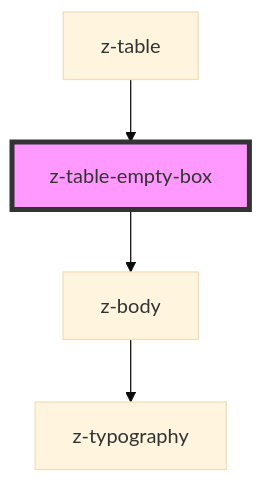
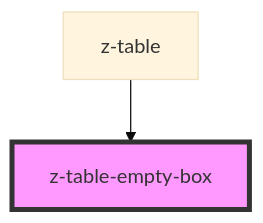
Before and after one commit to ZanichelliEditore/design-system: the diagram in src/components/z-table/z-table-empty-box/readme.md, drawn with Mermaid (base theme). The commit also changed other lines of this file and 7 other files, not shown here.

````diff
--- a/src/components/z-table/z-table-empty-box/readme.md
+++ b/src/components/z-table/z-table-empty-box/readme.md
@@ -25,7 +21,5 @@
 ```mermaid
 graph TD;
-  z-table-empty-box --> z-body
-  z-body --> z-typography
   z-table --> z-table-empty-box
   style z-table-empty-box fill:#f9f,stroke:#333,stroke-width:4px
 ```
````
